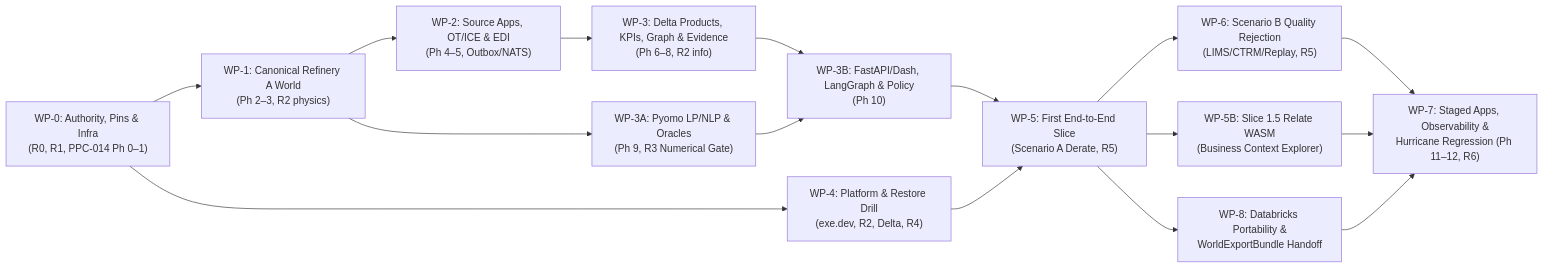
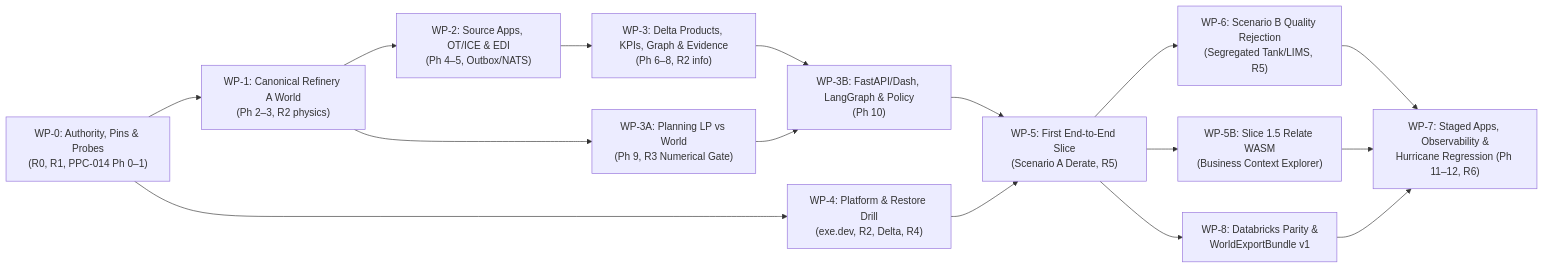
The diagram in docs/enterprise-architecture/08-implementation/PPC-PLAN-001_Implementation_Work_Packages_and_Readiness.md (aadehamid/pearland-petroleum-corporation), drawn with Mermaid before and after one commit. The commit also changed other lines of this file and 29 other files, not shown here.

Commit message:
Address Round 1 external review findings across refinery physics and platform docs

````diff
--- a/docs/enterprise-architecture/08-implementation/PPC-PLAN-001_Implementation_Work_Packages_and_Readiness.md
+++ b/docs/enterprise-architecture/08-implementation/PPC-PLAN-001_Implementation_Work_Packages_and_Readiness.md
@@ -19,18 +19,18 @@
 ```mermaid
 flowchart LR
-    WP0["WP-0: Authority, Pins & Infra\n(R0, R1, PPC-014 Ph 0–1)"] --> WP1["WP-1: Canonical Refinery A World\n(Ph 2–3, R2 physics)"]
+    WP0["WP-0: Authority, Pins & Probes\n(R0, R1, PPC-014 Ph 0–1)"] --> WP1["WP-1: Canonical Refinery A World\n(Ph 2–3, R2 physics)"]
     WP0 --> WP4["WP-4: Platform & Restore Drill\n(exe.dev, R2, Delta, R4)"]
     WP1 --> WP2["WP-2: Source Apps, OT/ICE & EDI\n(Ph 4–5, Outbox/NATS)"]
-    WP1 --> WP3A["WP-3A: Pyomo LP/NLP & Oracles\n(Ph 9, R3 Numerical Gate)"]
+    WP1 --> WP3A["WP-3A: Planning LP vs World\n(Ph 9, R3 Numerical Gate)"]
     WP2 --> WP3["WP-3: Delta Products, KPIs, Graph & Evidence\n(Ph 6–8, R2 info)"]
     WP3 --> WP3B["WP-3B: FastAPI/Dash, LangGraph & Policy\n(Ph 10)"]
     WP3A --> WP3B
     WP3B --> WP5["WP-5: First End-to-End Slice\n(Scenario A Derate, R5)"]
     WP4 --> WP5
     WP5 --> WP5B["WP-5B: Slice 1.5 Relate WASM\n(Business Context Explorer)"]
-    WP5 --> WP6["WP-6: Scenario B Quality Rejection\n(LIMS/CTRM/Replay, R5)"]
-    WP5 --> WP8["WP-8: Databricks Portability &\nWorldExportBundle Handoff"]
+    WP5 --> WP6["WP-6: Scenario B Quality Rejection\n(Segregated Tank/LIMS, R5)"]
+    WP5 --> WP8["WP-8: Databricks Parity &\nWorldExportBundle v1"]
     WP6 --> WP7["WP-7: Staged Apps, Observability &\nHurricane Regression (Ph 11–12, R6)"]
     WP5B --> WP7
     WP8 --> WP7
 ```
````
